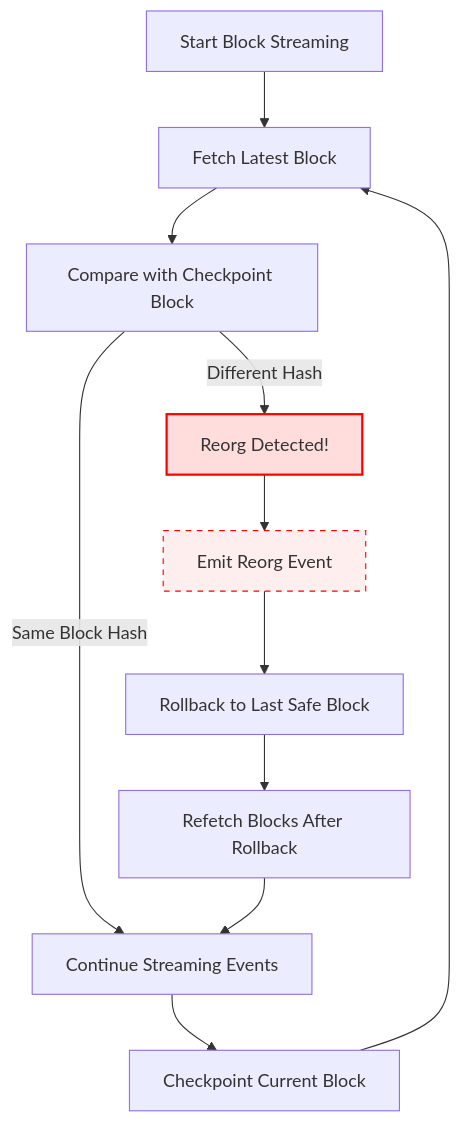
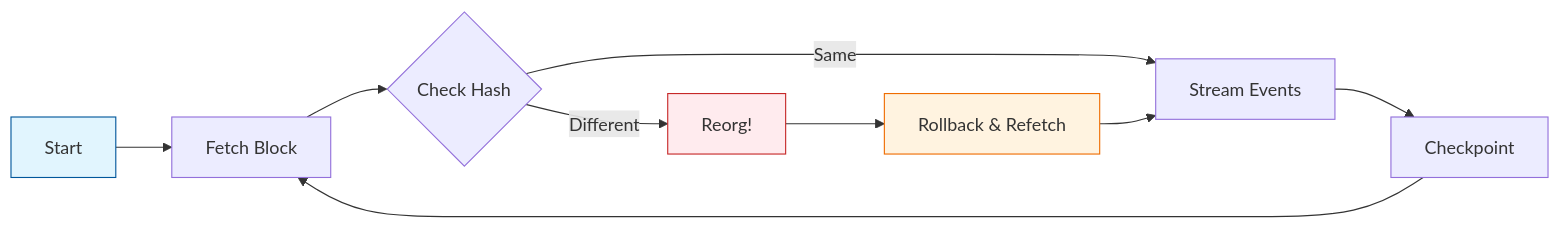
Before and after one commit to l-jhon/uniswap-v3-event-streamer: the second of 2 diagrams in README.md, drawn with Mermaid.

````diff
--- a/README.md
+++ b/README.md
@@ -78,16 +78,15 @@
 ```mermaid
-graph TD
-    A[Start Block Streaming] --> B[Fetch Latest Block]
-    B --> C[Compare with Checkpoint Block]
-    C -->|Same Block Hash| D[Continue Streaming Events]
-    C -->|Different Hash| E[Reorg Detected!]
-    E --> F[Emit Reorg Event]
-    F --> G[Rollback to Last Safe Block]
-    G --> H[Refetch Blocks After Rollback]
-    H --> D
-    D --> I[Checkpoint Current Block]
-    I --> B
+graph LR
+    A[Start] --> B[Fetch Block]
+    B --> C{Check Hash}
+    C -->|Same| D[Stream Events]
+    C -->|Different| E[Reorg!]
+    E --> F[Rollback & Refetch]
+    F --> D
+    D --> G[Checkpoint]
+    G --> B
 
-    style E fill:#fdd,stroke:#f00,stroke-width:2px
-    style F fill:#fee,stroke:#f00,stroke-dasharray: 5 5
+    style A fill:#e1f5fe,stroke:#01579b
+    style E fill:#ffebee,stroke:#c62828
+    style F fill:#fff3e0,stroke:#ef6c00
 ```
````
